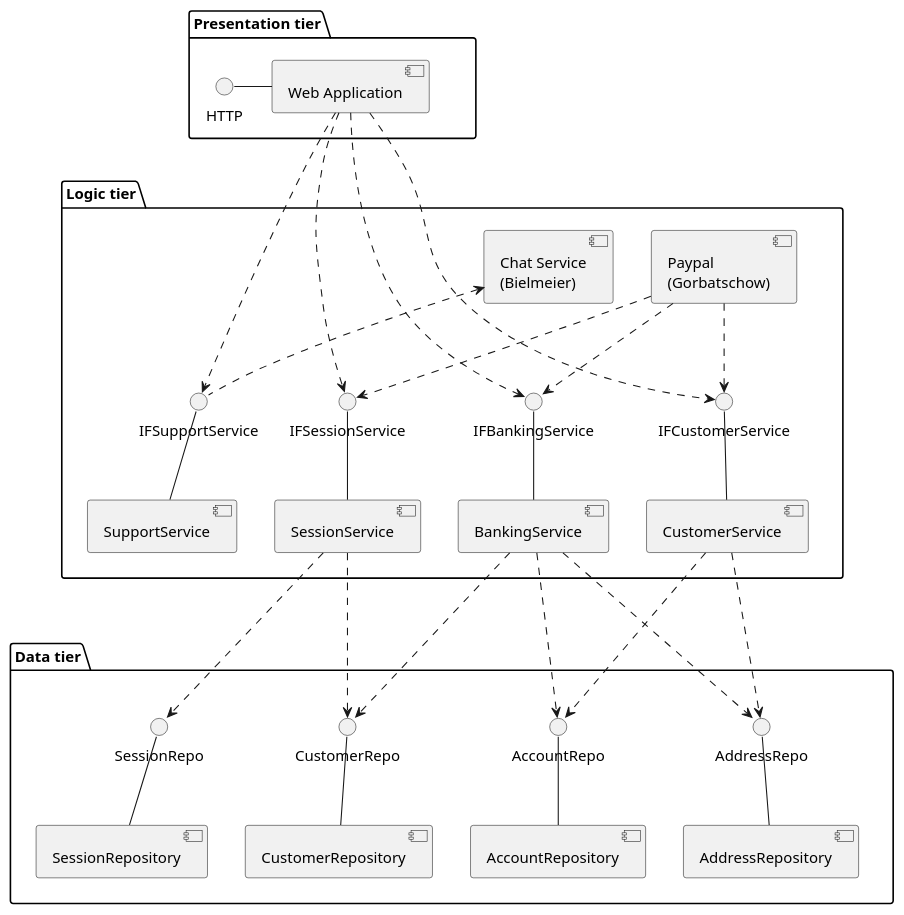
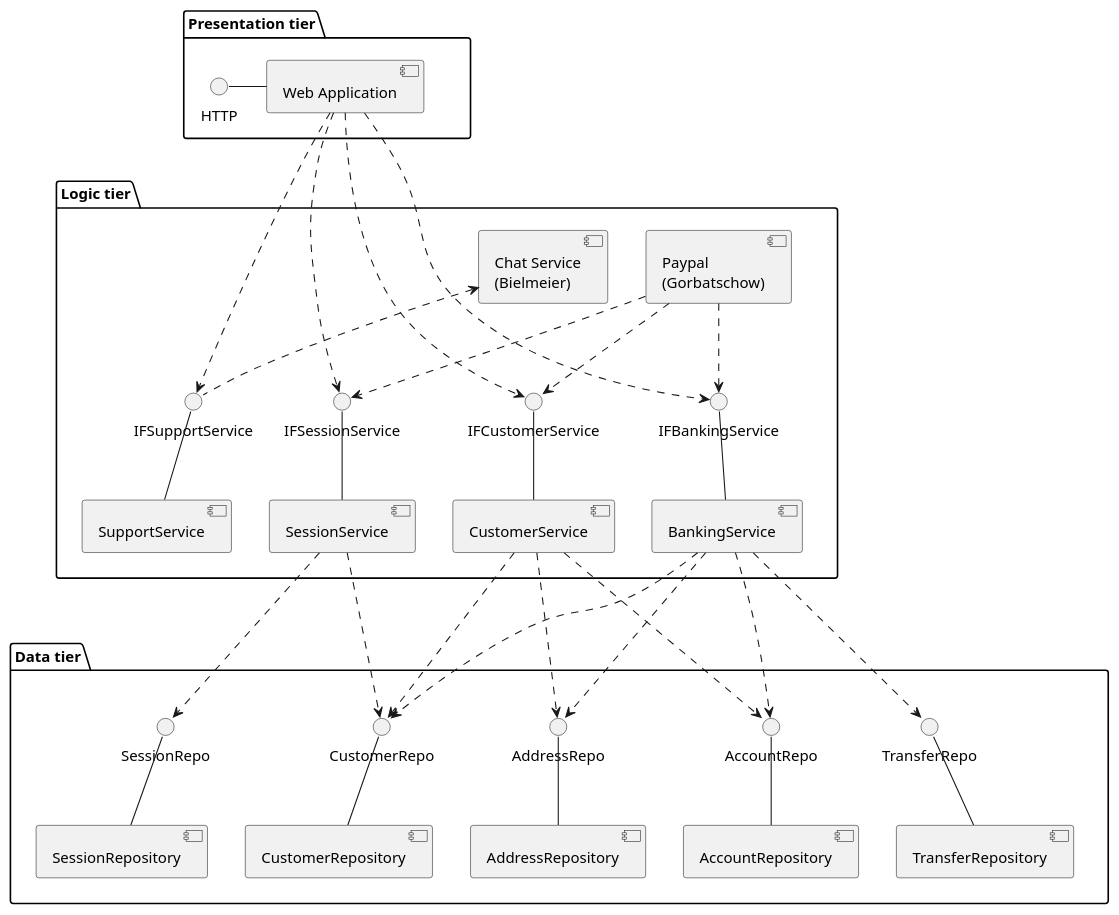
The diagram in documentation/diagrams/DiagramComponent_BankingService.puml (SteffBauer/sw_project), drawn with PlantUML before and after one commit.

Commit message:
corrected component diagram

```diff
--- a/documentation/diagrams/DiagramComponent_BankingService.puml
+++ b/documentation/diagrams/DiagramComponent_BankingService.puml
@@ -1,51 +1,55 @@
 @startuml
 
 package "Presentation tier" as presentation {
   HTTP - [Web Application]
 }
 
 package "Logic tier" as logic {
   IFSupportService -down- [SupportService]
   IFBankingService -down- [BankingService]
   IFSessionService -down- [SessionService]
   IFCustomerService -down- [CustomerService]
   
   [Web Application] .> IFBankingService
   [Web Application] ...> IFSessionService
   [Web Application] .> IFCustomerService
   [Web Application] .> IFSupportService
 
   ' used Services
   [Paypal\n(Gorbatschow)] .down.> IFBankingService
   [Paypal\n(Gorbatschow)] .down.> IFCustomerService
   [Paypal\n(Gorbatschow)] .down.> IFSessionService
 
   IFSupportService .up.> [Chat Service\n(Bielmeier)]
 
 }
 
 package "Data tier" as data {
   CustomerRepo -down- [CustomerRepository]
   AccountRepo -down- [AccountRepository]
   AddressRepo -down- [AddressRepository]
   SessionRepo -down- [SessionRepository]
+  TransferRepo -down- [TransferRepository]
 
   [BankingService] ...> CustomerRepo
+  [CustomerService] ...> CustomerRepo
   [SessionService] ...> CustomerRepo
   
   [BankingService] .> AddressRepo
   [CustomerService] .> AddressRepo
   
   [BankingService] .> AccountRepo
   [CustomerService] .> AccountRepo
 
-  [SessionService] -..> SessionRepo
+  [SessionService] ..> SessionRepo
+
+  [BankingService] ...> TransferRepo
 }
 
 presentation -[hidden]-> logic
 logic -[hidden]-> data
 
 
 
 
 @enduml
```
